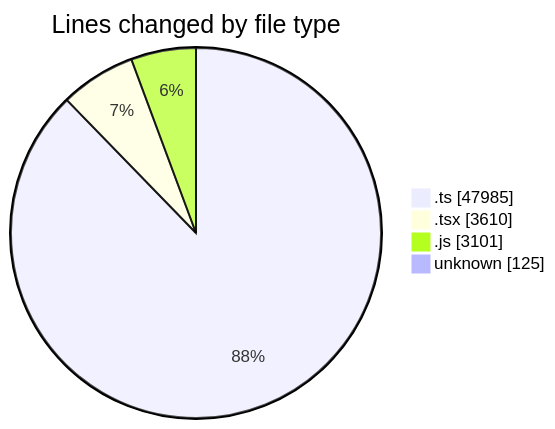
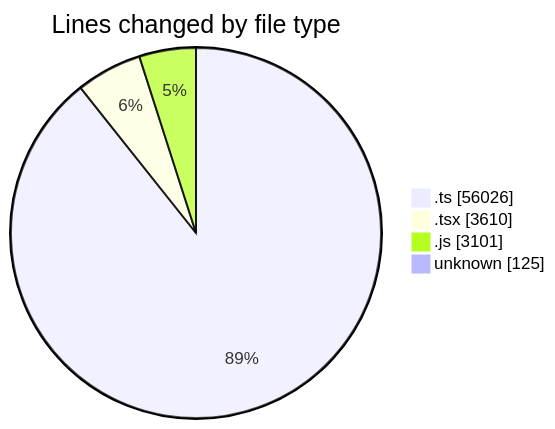
The first of 2 diagrams in 2026-09-18/cda/README.md (momahboobian/code-tracking), drawn with Mermaid before and after one commit. The commit also changed other lines of this file and 1 other file, not shown here.

````diff
--- a/2026-09-18/cda/README.md
+++ b/2026-09-18/cda/README.md
@@ -56,8 +56,8 @@
 ```mermaid
 pie showData
 title Lines changed by file type
-".ts" : 47985
+".ts" : 56026
 ".tsx" : 3610
 ".js" : 3101
 "unknown" : 125
 ```
````
